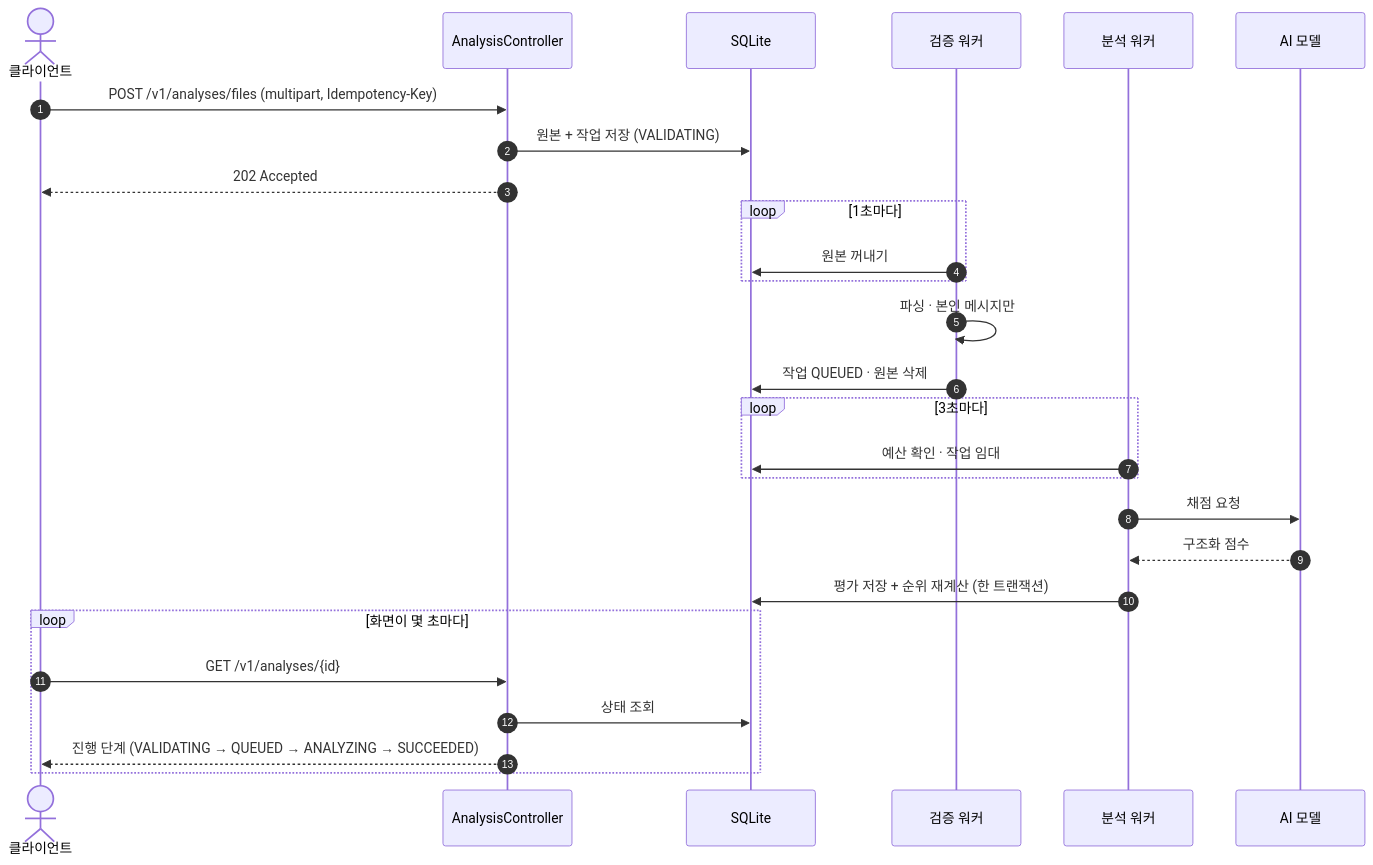
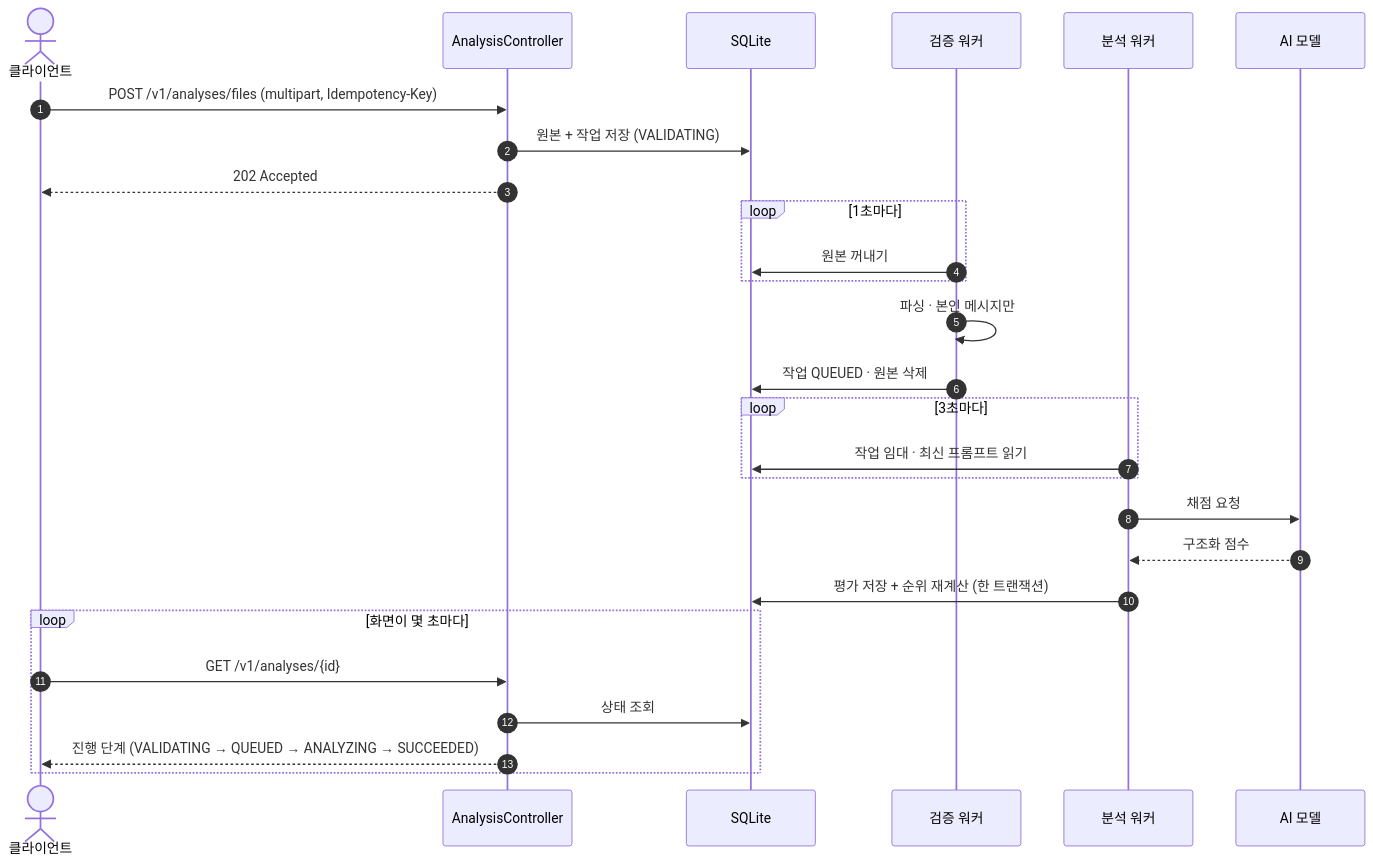
The diagram in backend/README.md (yooni9ue/santacut), drawn with Mermaid before and after one commit. The commit also changed other lines of this file and 20 other files, not shown here.

````diff
--- a/backend/README.md
+++ b/backend/README.md
@@ -63,29 +63,29 @@
 ```mermaid
 sequenceDiagram
     autonumber
     actor C as 클라이언트
     participant API as AnalysisController
     participant DB as SQLite
     participant V as 검증 워커
     participant W as 분석 워커
     participant AI as AI 모델
     C->>API: POST /v1/analyses/files (multipart, Idempotency-Key)
     API->>DB: 원본 + 작업 저장 (VALIDATING)
     API-->>C: 202 Accepted
     loop 1초마다
         V->>DB: 원본 꺼내기
     end
     V->>V: 파싱 · 본인 메시지만
     V->>DB: 작업 QUEUED · 원본 삭제
     loop 3초마다
-        W->>DB: 예산 확인 · 작업 임대
+        W->>DB: 작업 임대 · 최신 프롬프트 읽기
     end
     W->>AI: 채점 요청
     AI-->>W: 구조화 점수
     W->>DB: 평가 저장 + 순위 재계산 (한 트랜잭션)
     loop 화면이 몇 초마다
         C->>API: GET /v1/analyses/{id}
         API->>DB: 상태 조회
         API-->>C: 진행 단계 (VALIDATING → QUEUED → ANALYZING → SUCCEEDED)
     end
 ```
````
